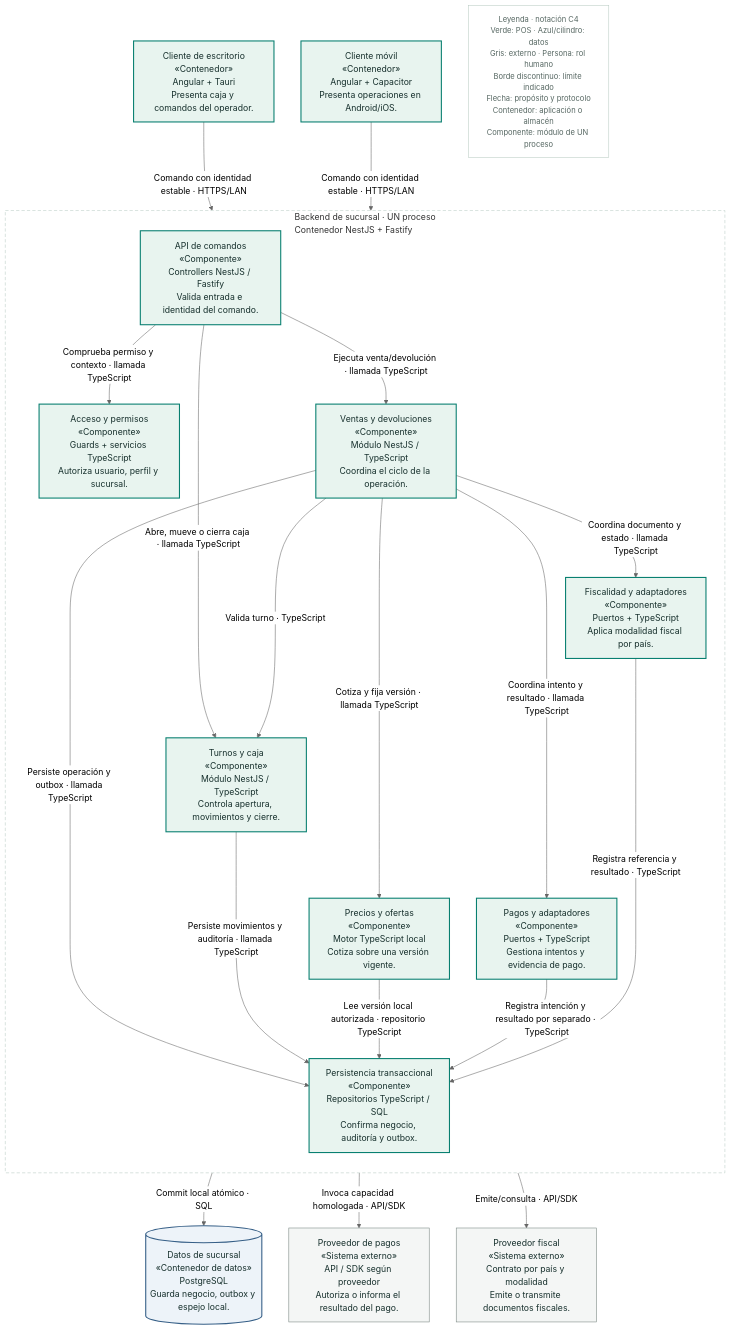
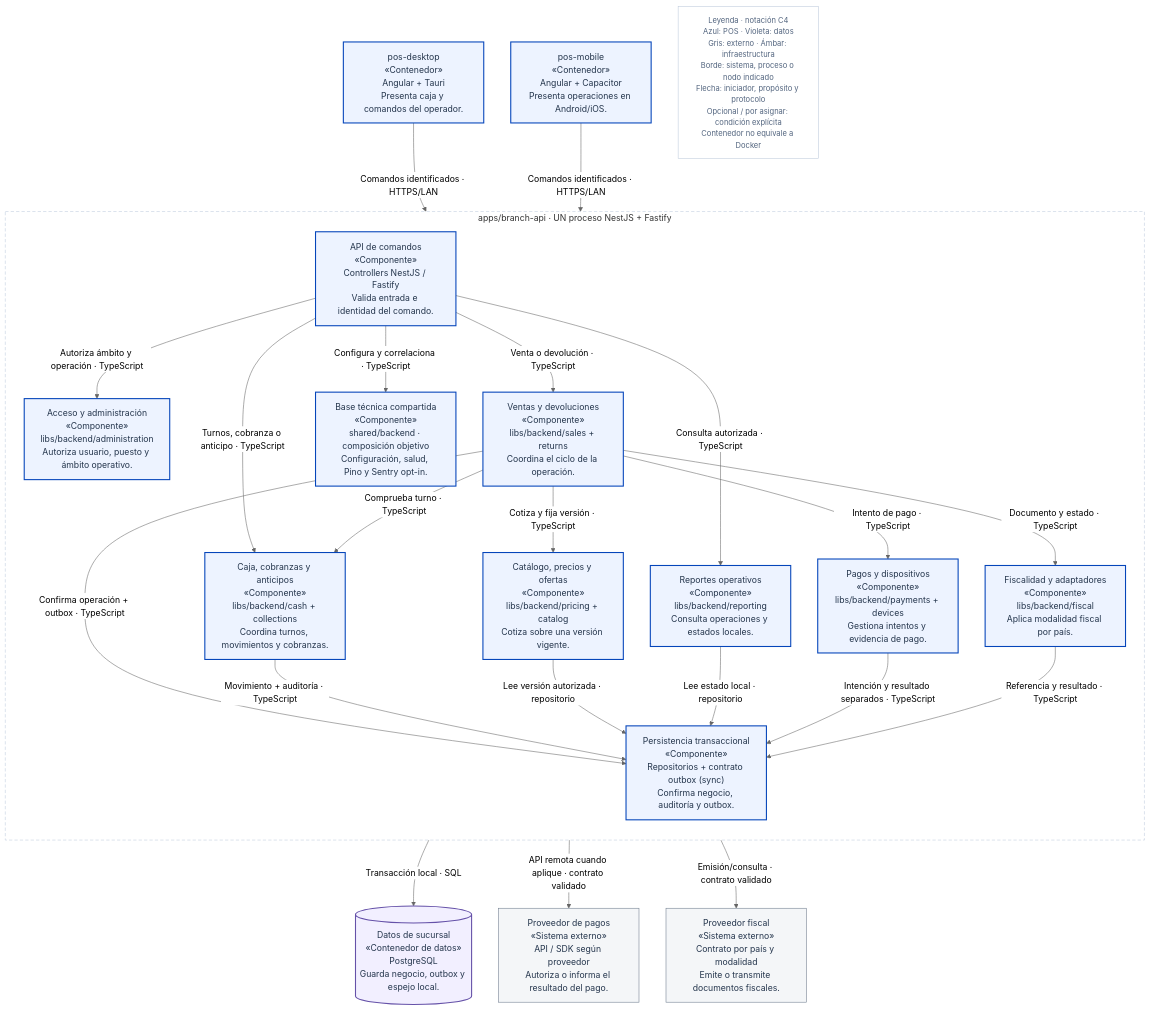
The diagram in docs/diagramas-excalidraw/mermaid/c4-backend.mmd (developer-implementos/pos-docs), drawn with Mermaid (neutral theme) before and after one commit. The commit also changed 72 other files, not shown here.

```diff
--- a/docs/diagramas-excalidraw/mermaid/c4-backend.mmd
+++ b/docs/diagramas-excalidraw/mermaid/c4-backend.mmd
@@ -1,44 +1,49 @@
 flowchart TB
-    accTitle: C3 · Backend de sucursal — Dentro del monolito modular
-    accDescr: Un solo contenedor: backend de sucursal NestJS + Fastify. Los bloques interiores son componentes del mismo proceso. Las llamadas internas son TypeScript; no se propone HTTP ni una base independiente entre módulos. Efectos externos tienen estados y recuperación separados.
-    subgraph backendScope["Backend de sucursal · UN proceso<br/>Contenedor NestJS + Fastify"]
+    accTitle: C3 · branch-api — Negocio de sucursal en un proceso
+    accDescr: apps/branch-api compone módulos de negocio y base técnica. Las bibliotecas agrupadas comparten proceso, sin convertirse en servicios independientes. sales/returns, cash/collections, pricing/catalog, payments/devices, fiscal, reporting, administration y contrato outbox de sync. El transporte vive en branch-sync-worker y la ACL en erp-worker.
+    subgraph backendScope["apps/branch-api · UN proceso NestJS + Fastify"]
         direction TB
         entry["API de comandos<br/>«Componente»<br/>Controllers NestJS / Fastify<br/>Valida entrada e identidad del comando."]:::pos
-        access["Acceso y permisos<br/>«Componente»<br/>Guards + servicios TypeScript<br/>Autoriza usuario, perfil y sucursal."]:::pos
-        sales["Ventas y devoluciones<br/>«Componente»<br/>Módulo NestJS / TypeScript<br/>Coordina el ciclo de la operación."]:::pos
-        pricing["Precios y ofertas<br/>«Componente»<br/>Motor TypeScript local<br/>Cotiza sobre una versión vigente."]:::pos
-        cash["Turnos y caja<br/>«Componente»<br/>Módulo NestJS / TypeScript<br/>Controla apertura, movimientos y cierre."]:::pos
-        payPort["Pagos y adaptadores<br/>«Componente»<br/>Puertos + TypeScript<br/>Gestiona intentos y evidencia de pago."]:::pos
-        fiscalPort["Fiscalidad y adaptadores<br/>«Componente»<br/>Puertos + TypeScript<br/>Aplica modalidad fiscal por país."]:::pos
-        unitOfWork["Persistencia transaccional<br/>«Componente»<br/>Repositorios TypeScript / SQL<br/>Confirma negocio, auditoría y outbox."]:::pos
+        access["Acceso y administración<br/>«Componente»<br/>libs/backend/administration<br/>Autoriza usuario, puesto y ámbito operativo."]:::pos
+        sales["Ventas y devoluciones<br/>«Componente»<br/>libs/backend/sales + returns<br/>Coordina el ciclo de la operación."]:::pos
+        pricing["Catálogo, precios y ofertas<br/>«Componente»<br/>libs/backend/pricing + catalog<br/>Cotiza sobre una versión vigente."]:::pos
+        cash["Caja, cobranzas y anticipos<br/>«Componente»<br/>libs/backend/cash + collections<br/>Coordina turnos, movimientos y cobranzas."]:::pos
+        payPort["Pagos y dispositivos<br/>«Componente»<br/>libs/backend/payments + devices<br/>Gestiona intentos y evidencia de pago."]:::pos
+        fiscalPort["Fiscalidad y adaptadores<br/>«Componente»<br/>libs/backend/fiscal<br/>Aplica modalidad fiscal por país."]:::pos
+        reporting["Reportes operativos<br/>«Componente»<br/>libs/backend/reporting<br/>Consulta operaciones y estados locales."]:::pos
+        unitOfWork["Persistencia transaccional<br/>«Componente»<br/>Repositorios + contrato outbox (sync)<br/>Confirma negocio, auditoría y outbox."]:::pos
+        technicalBase["Base técnica compartida<br/>«Componente»<br/>shared/backend · composición objetivo<br/>Configuración, salud, Pino y Sentry opt-in."]:::pos
     end
-    mobileClient["Cliente móvil<br/>«Contenedor»<br/>Angular + Capacitor<br/>Presenta operaciones en Android/iOS."]:::pos
-    client["Cliente de escritorio<br/>«Contenedor»<br/>Angular + Tauri<br/>Presenta caja y comandos del operador."]:::pos
+    client["pos-desktop<br/>«Contenedor»<br/>Angular + Tauri<br/>Presenta caja y comandos del operador."]:::pos
+    mobileClient["pos-mobile<br/>«Contenedor»<br/>Angular + Capacitor<br/>Presenta operaciones en Android/iOS."]:::pos
     branchDb[("Datos de sucursal<br/>«Contenedor de datos»<br/>PostgreSQL<br/>Guarda negocio, outbox y espejo local.")]:::store
     payments["Proveedor de pagos<br/>«Sistema externo»<br/>API / SDK según proveedor<br/>Autoriza o informa el resultado del pago."]:::external
     fiscal["Proveedor fiscal<br/>«Sistema externo»<br/>Contrato por país y modalidad<br/>Emite o transmite documentos fiscales."]:::external
-    legend["Leyenda · notación C4<br/>Verde: POS · Azul/cilindro: datos<br/>Gris: externo · Persona: rol humano<br/>Borde discontinuo: límite indicado<br/>Flecha: propósito y protocolo<br/>Contenedor: aplicación o almacén<br/>Componente: módulo de UN proceso"]:::key
-    client -->|"Comando con identidad estable · HTTPS/LAN"| entry
-    mobileClient -->|"Comando con identidad estable · HTTPS/LAN"| entry
-    entry -->|"Comprueba permiso y contexto · llamada TypeScript"| access
-    entry -->|"Ejecuta venta/devolución · llamada TypeScript"| sales
-    entry -->|"Abre, mueve o cierra caja · llamada TypeScript"| cash
-    sales -->|"Cotiza y fija versión · llamada TypeScript"| pricing
-    sales --->|"Valida turno · TypeScript"| cash
-    sales -->|"Coordina intento y resultado · llamada TypeScript"| payPort
-    sales -->|"Coordina documento y estado · llamada TypeScript"| fiscalPort
-    sales -->|"Persiste operación y outbox · llamada TypeScript"| unitOfWork
-    cash -->|"Persiste movimientos y auditoría · llamada TypeScript"| unitOfWork
-    pricing -->|"Lee versión local autorizada · repositorio TypeScript"| unitOfWork
-    payPort -->|"Registra intención y resultado por separado · TypeScript"| unitOfWork
-    fiscalPort ---->|"Registra referencia y resultado · TypeScript"| unitOfWork
-    unitOfWork -->|"Commit local atómico · SQL"| branchDb
-    payPort -->|"Invoca capacidad homologada · API/SDK"| payments
-    fiscalPort -->|"Emite/consulta · API/SDK"| fiscal
-    classDef pos fill:#e8f4ef,stroke:#087f70,color:#17302d,stroke-width:2px
-    classDef store fill:#edf3f9,stroke:#365f87,color:#17302d,stroke-width:2px
-    classDef external fill:#f4f6f5,stroke:#74827d,color:#17302d
-    classDef person fill:#152d2b,stroke:#152d2b,color:#ffffff
-    classDef infra fill:#fbf1e2,stroke:#a86516,color:#17302d
-    classDef key fill:#ffffff,stroke:#b9cbc3,color:#566762,font-size:14px
-    style backendScope fill:#ffffff,stroke:#b9cbc3,stroke-dasharray:6 4
+    legend["Leyenda · notación C4<br/>Azul: POS · Violeta: datos<br/>Gris: externo · Ámbar: infraestructura<br/>Borde: sistema, proceso o nodo indicado<br/>Flecha: iniciador, propósito y protocolo<br/>Opcional / por asignar: condición explícita<br/>Contenedor no equivale a Docker"]:::key
+    client -->|"Comandos identificados · HTTPS/LAN"| entry
+    mobileClient -->|"Comandos identificados · HTTPS/LAN"| entry
+    entry -->|"Autoriza ámbito y operación · TypeScript"| access
+    entry -->|"Venta o devolución · TypeScript"| sales
+    entry -->|"Turnos, cobranza o anticipo · TypeScript"| cash
+    entry -->|"Consulta autorizada · TypeScript"| reporting
+    entry -->|"Configura y correlaciona · TypeScript"| technicalBase
+    sales -->|"Cotiza y fija versión · TypeScript"| pricing
+    sales -->|"Comprueba turno · TypeScript"| cash
+    sales -->|"Intento de pago · TypeScript"| payPort
+    sales -->|"Documento y estado · TypeScript"| fiscalPort
+    sales -->|"Confirma operación + outbox · TypeScript"| unitOfWork
+    cash -->|"Movimiento + auditoría · TypeScript"| unitOfWork
+    pricing -->|"Lee versión autorizada · repositorio"| unitOfWork
+    reporting -->|"Lee estado local · repositorio"| unitOfWork
+    payPort -->|"Intención y resultado separados · TypeScript"| unitOfWork
+    fiscalPort -->|"Referencia y resultado · TypeScript"| unitOfWork
+    unitOfWork -->|"Transacción local · SQL"| branchDb
+    payPort -->|"API remota cuando aplique · contrato validado"| payments
+    fiscalPort -->|"Emisión/consulta · contrato validado"| fiscal
+    classDef pos fill:#EDF3FF,stroke:#0545BA,color:#25364D,stroke-width:2px
+    classDef store fill:#F2EFFF,stroke:#6551A8,color:#25364D,stroke-width:2px
+    classDef external fill:#F4F6F8,stroke:#6B788A,color:#25364D
+    classDef person fill:#18336D,stroke:#18336D,color:#FFFFFF
+    classDef infra fill:#FFF3E0,stroke:#A86516,color:#25364D
+    classDef key fill:#FFFFFF,stroke:#BCC9DB,color:#53657F,font-size:14px
+    style backendScope fill:#FFFFFF,stroke:#BCC9DB,stroke-dasharray:6 4
```
